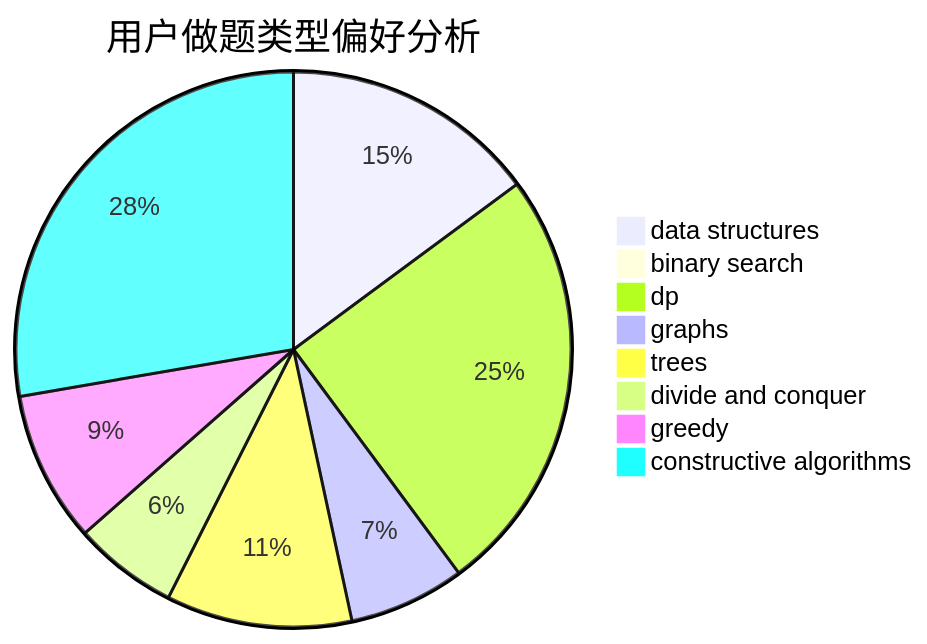
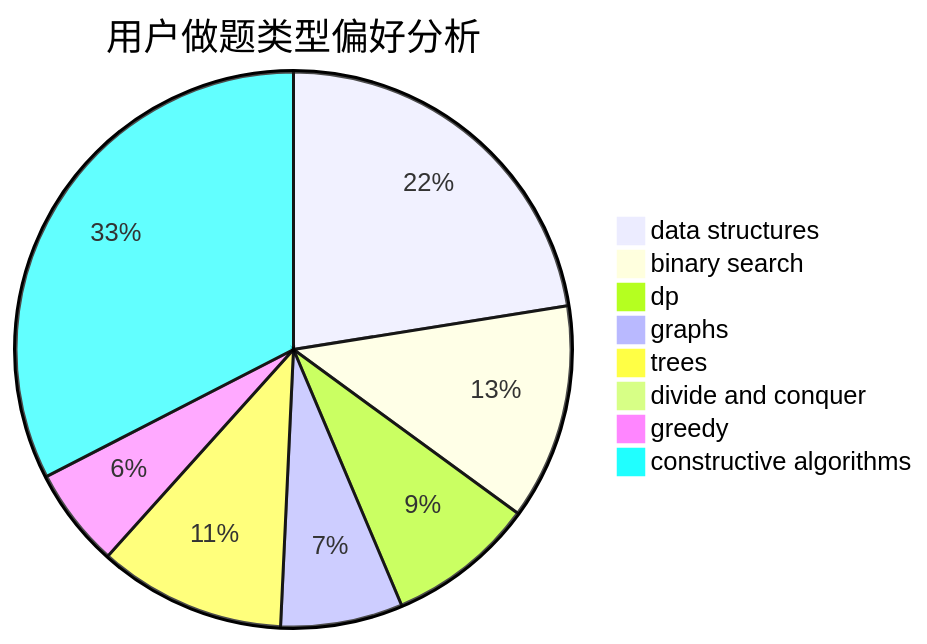
One commit to sherpahu/cfrs.github.io changed the second of 3 diagrams in docs/user/u1389.md. Above: the diagram before and after it, drawn with Mermaid. The commit also changed other lines of this file and 2770 other files, not shown here.

````diff
--- a/docs/user/u1389.md
+++ b/docs/user/u1389.md
@@ -23,11 +23,11 @@
 ```mermaid
 pie title 用户做题类型偏好分析
-    "data structures" :  22
-    "binary search" :  0
-    "dp" :  37
-    "graphs" :  10
-    "trees" :  16
-    "divide and conquer" :  9
-    "greedy" :  13
-    "constructive algorithms" :  41
+    "data structures" :  136
+    "binary search" :  76
+    "dp" :  52
+    "graphs" :  43
+    "trees" :  66
+    "divide and conquer" :  1
+    "greedy" :  35
+    "constructive algorithms" :  197
 ```
````
